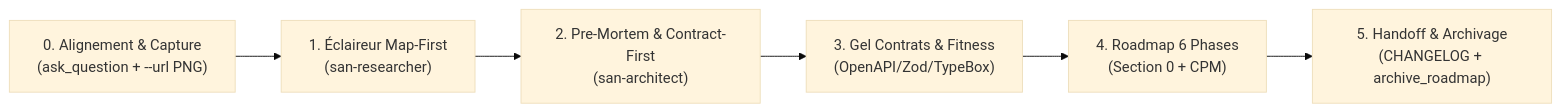
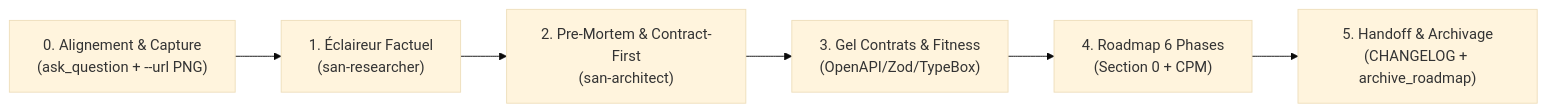
One commit to alexsan-dev/san_agy_framework changed the diagram in src/skills/san_planner/SKILL.md. Above: the diagram before and after it, drawn with Mermaid (base theme). The commit also changed other lines of this file and 67 other files, not shown here.

````diff
--- a/src/skills/san_planner/SKILL.md
+++ b/src/skills/san_planner/SKILL.md
@@ -14,8 +14,8 @@
 ```mermaid
 flowchart LR
-    E0["0. Alignement & Capture\n(ask_question + --url PNG)"] --> E1["1. Éclaireur Map-First\n(san-researcher)"]
+    E0["0. Alignement & Capture\n(ask_question + --url PNG)"] --> E1["1. Éclaireur Factuel\n(san-researcher)"]
     E1 --> E2["2. Pre-Mortem & Contract-First\n(san-architect)"]
     E2 --> E3["3. Gel Contrats & Fitness\n(OpenAPI/Zod/TypeBox)"]
     E3 --> E4["4. Roadmap 6 Phases\n(Section 0 + CPM)"]
     E4 --> E5["5. Handoff & Archivage\n(CHANGELOG + archive_roadmap)"]
 ```
````
